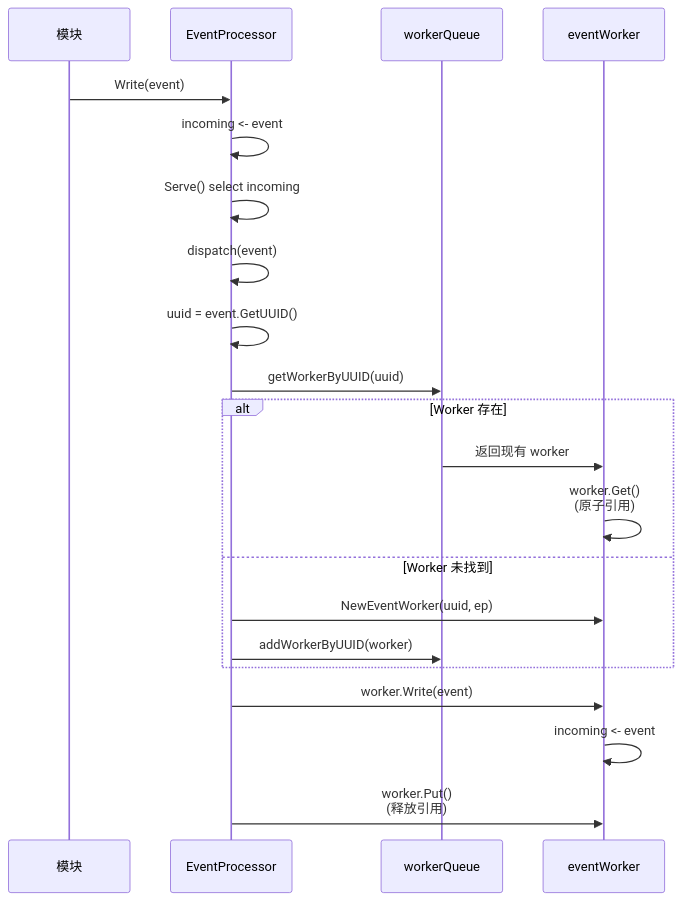
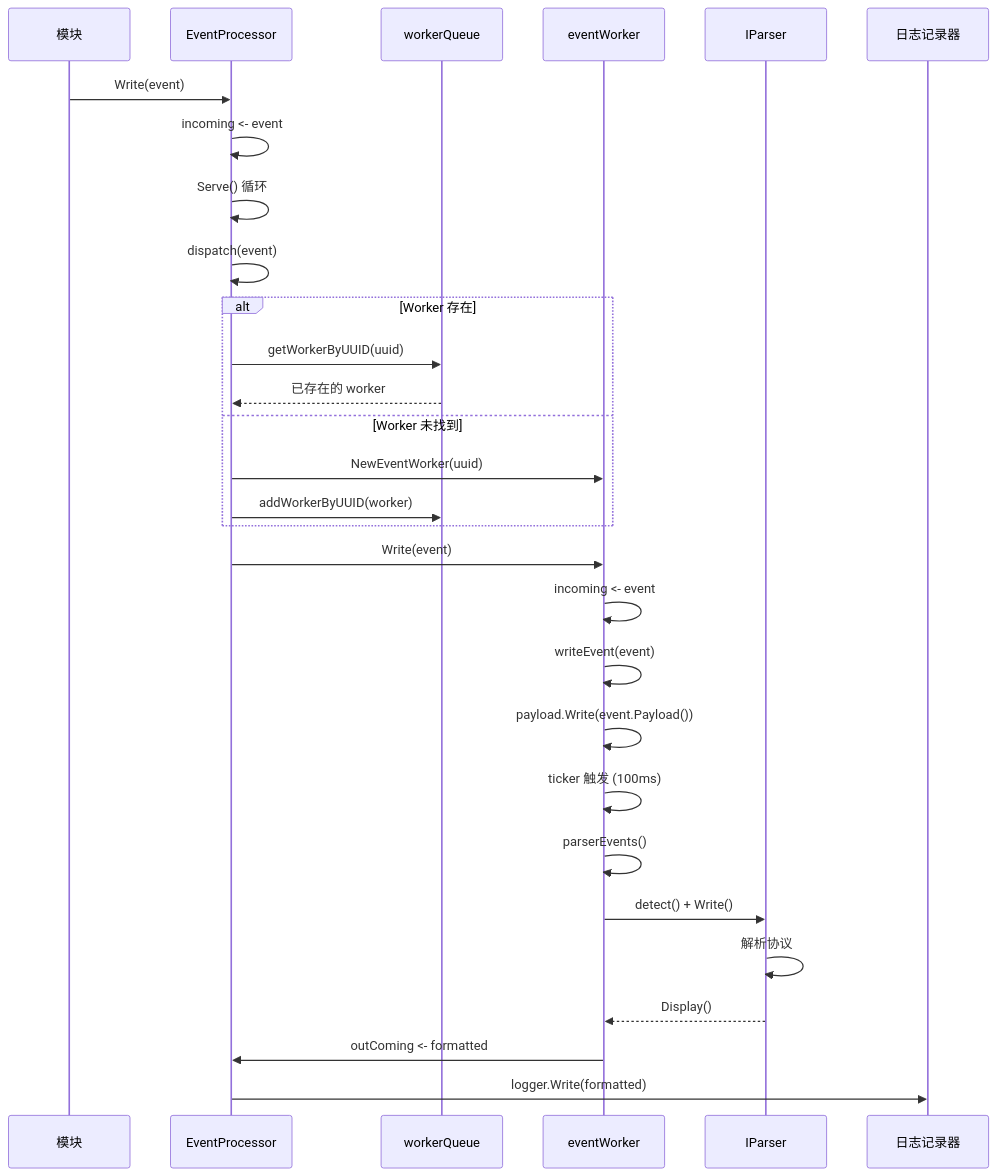
The third of 7 diagrams in src/zh/5-development-guide/5.4-event-processing-and-parsers.md (gojue/ecapture.cc), drawn with Mermaid before and after one commit. The commit also changed other lines of this file and 115 other files, not shown here.

````diff
--- a/src/zh/5-development-guide/5.4-event-processing-and-parsers.md
+++ b/src/zh/5-development-guide/5.4-event-processing-and-parsers.md
@@ -236,28 +135,36 @@
 ```mermaid
 sequenceDiagram
     participant Module as 模块
     participant EP as EventProcessor
-    participant WQ as workerQueue
-    participant EW as eventWorker
+    participant Queue as workerQueue
+    participant Worker as eventWorker
+    participant Parser as IParser
+    participant Logger as 日志记录器
     
     Module->>EP: Write(event)
     EP->>EP: incoming <- event
-    
-    EP->>EP: Serve() select incoming
+    EP->>EP: Serve() 循环
     EP->>EP: dispatch(event)
     
-    EP->>EP: uuid = event.GetUUID()
-    EP->>WQ: getWorkerByUUID(uuid)
-    
     alt Worker 存在
-        WQ->>EW: 返回现有 worker
-        EW->>EW: worker.Get()<br/>(原子引用)
+        EP->>Queue: getWorkerByUUID(uuid)
+        Queue-->>EP: 已存在的 worker
     else Worker 未找到
-        EP->>EW: NewEventWorker(uuid, ep)
-        EP->>WQ: addWorkerByUUID(worker)
+        EP->>Worker: NewEventWorker(uuid)
+        EP->>Queue: addWorkerByUUID(worker)
     end
     
-    EP->>EW: worker.Write(event)
-    EW->>EW: incoming <- event
-    EP->>EW: worker.Put()<br/>(释放引用)
+    EP->>Worker: Write(event)
+    Worker->>Worker: incoming <- event
+    Worker->>Worker: writeEvent(event)
+    Worker->>Worker: payload.Write(event.Payload())
+    
+    Worker->>Worker: ticker 触发 (100ms)
+    Worker->>Worker: parserEvents()
+    Worker->>Parser: detect() + Write()
+    Parser->>Parser: 解析协议
+    Parser-->>Worker: Display()
+    
+    Worker->>EP: outComing <- formatted
+    EP->>Logger: logger.Write(formatted)
 ```
````
